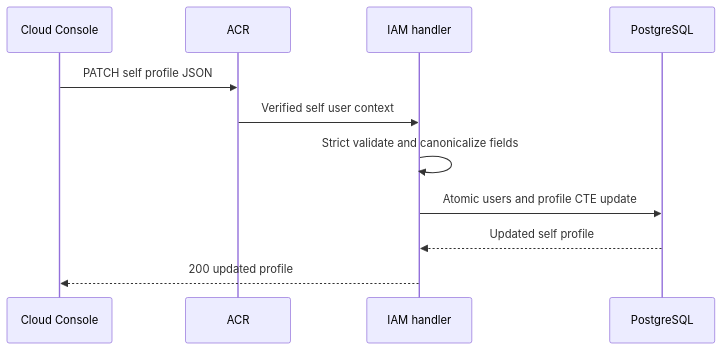
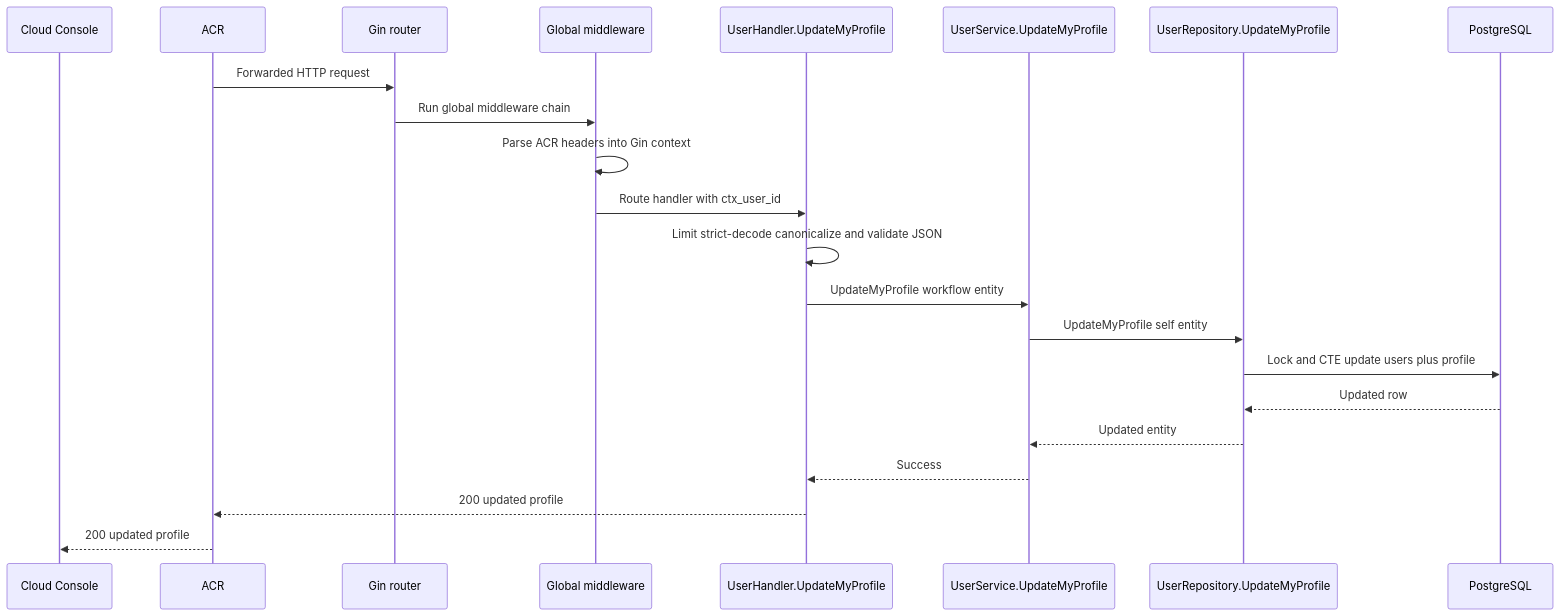
Before and after one commit to phucle996/aurora: the second of 2 diagrams in god_view/iam/user_profile_update_god_view_workflow.md, drawn with Mermaid. The commit also changed other lines of this file and 165 other files, not shown here.

````diff
--- a/god_view/iam/user_profile_update_god_view_workflow.md
+++ b/god_view/iam/user_profile_update_god_view_workflow.md
@@ -31,14 +113,25 @@
 ```mermaid
 sequenceDiagram
     participant UI as Cloud Console
     participant A as ACR
-    participant H as IAM handler
+    participant R as Gin router
+    participant M as Global middleware
+    participant H as UserHandler.UpdateMyProfile
+    participant S as UserService.UpdateMyProfile
+    participant Repo as UserRepository.UpdateMyProfile
     participant DB as PostgreSQL
 
-    UI->>A: PATCH self profile JSON
-    A->>H: Verified self user context
-    H->>H: Strict validate and canonicalize fields
-    H->>DB: Atomic users and profile CTE update
-    DB-->>H: Updated self profile
-    H-->>UI: 200 updated profile
+    A->>R: Forwarded HTTP request
+    R->>M: Run global middleware chain
+    M->>M: Parse ACR headers into Gin context
+    M->>H: Route handler with ctx_user_id
+    H->>H: Limit strict-decode canonicalize and validate JSON
+    H->>S: UpdateMyProfile workflow entity
+    S->>Repo: UpdateMyProfile self entity
+    Repo->>DB: Lock and CTE update users plus profile
+    DB-->>Repo: Updated row
+    Repo-->>S: Updated entity
+    S-->>H: Success
+    H-->>A: 200 updated profile
+    A-->>UI: 200 updated profile
 ```
````
